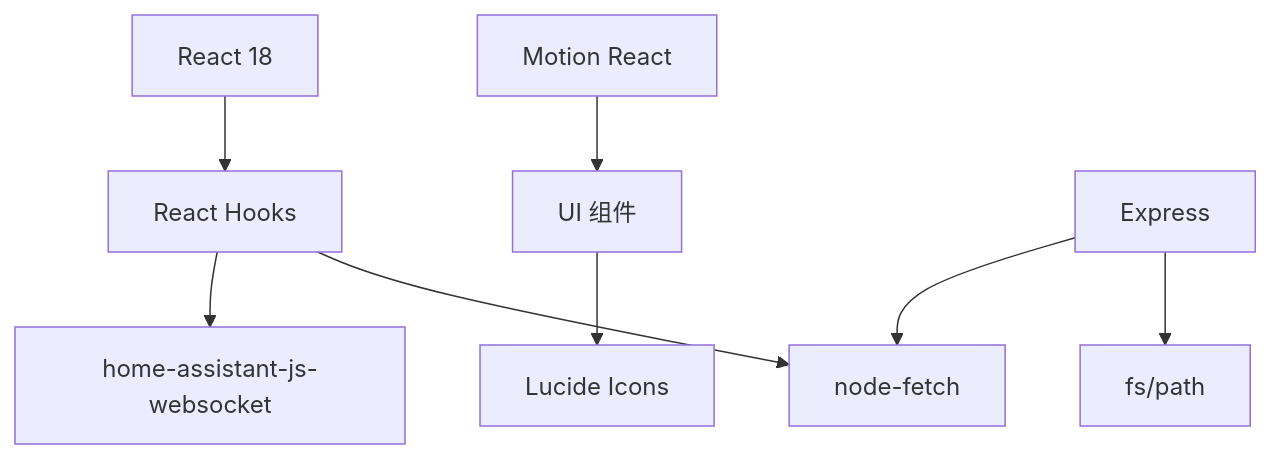
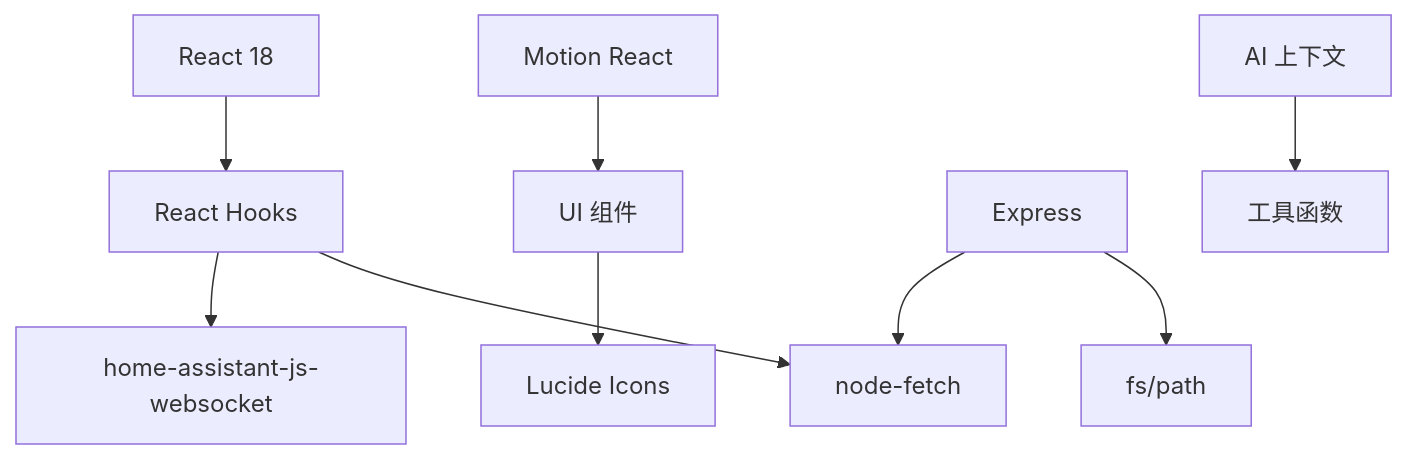
The ninth of 9 diagrams in .qoder/repowiki/zh/content/AI智能助手集成/AI智能助手集成.md (skyeyinkun/HAUI), drawn with Mermaid before and after one commit. The commit also changed other lines of this file and 23 other files, not shown here.

````diff
--- a/.qoder/repowiki/zh/content/AI智能助手集成/AI智能助手集成.md
+++ b/.qoder/repowiki/zh/content/AI智能助手集成/AI智能助手集成.md
@@ -311,10 +391,11 @@
 ```mermaid
 graph TB
 React["React 18"] --> Hooks["React Hooks"]
 Hooks --> FE["@microsoft/fetch-event-source"]
 Hooks --> HAJS["home-assistant-js-websocket"]
 UI["UI 组件"] --> Icons["Lucide Icons"]
 Motion["Motion React"] --> UI
 Node["Express"] --> FS["fs/path"]
 Node --> FE["node-fetch"]
+Context["AI 上下文"] --> Utils["工具函数"]
 ```
````
